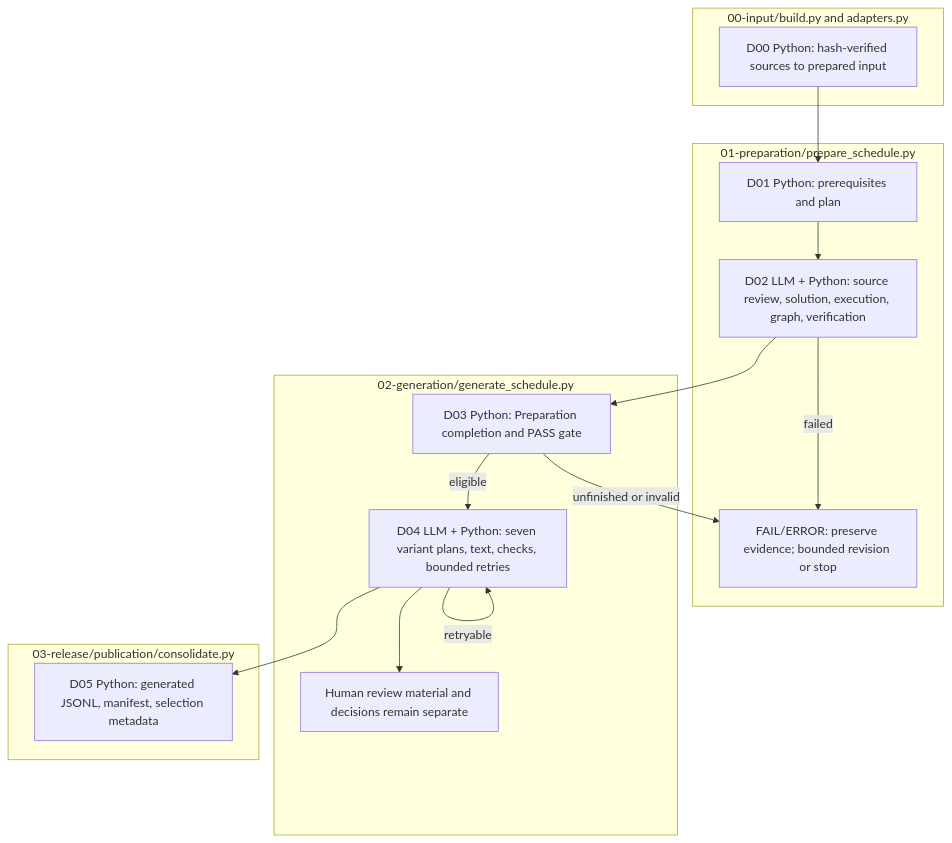
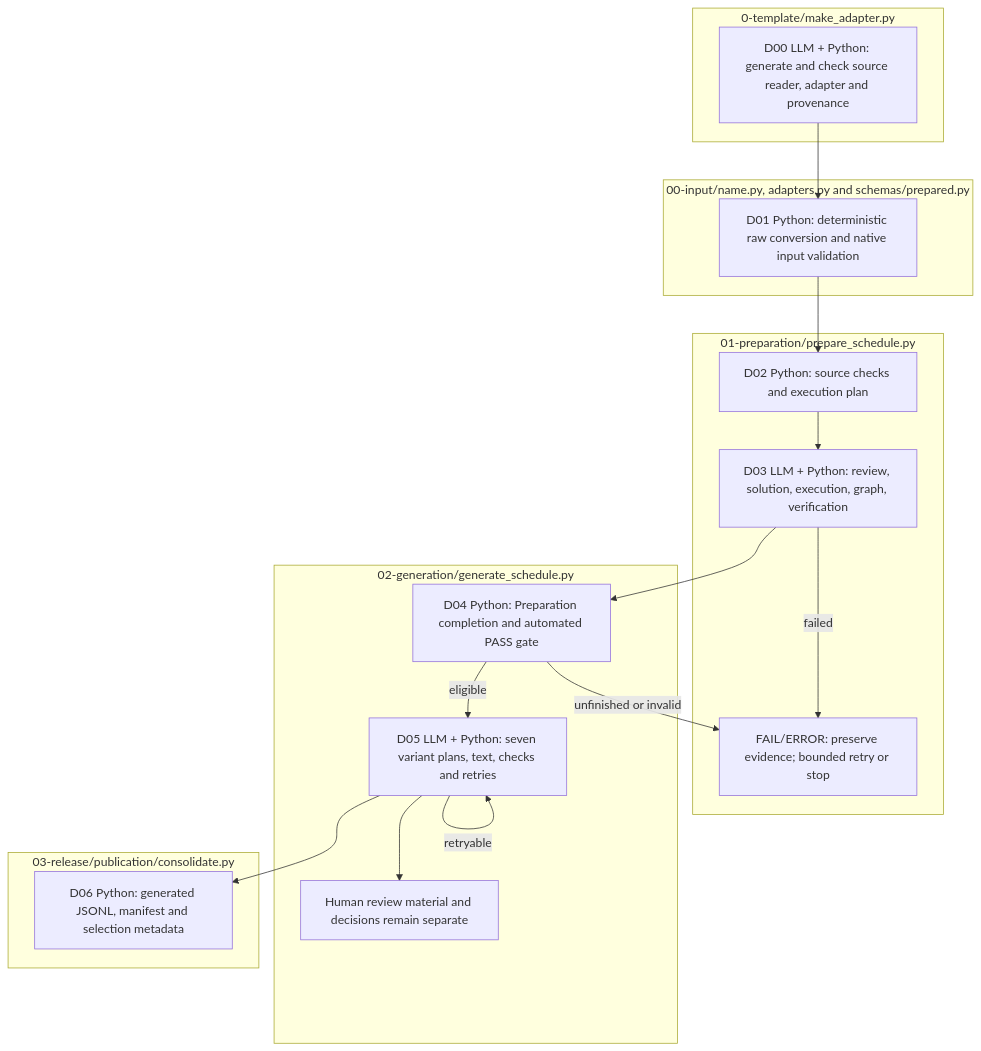
One commit to pnu-clink/finject changed the diagram in src/finarch/documentation/templates/source-layout/dataset.md. Above: the diagram before and after it, drawn with Mermaid. The commit also changed other lines of this file and 49 other files, not shown here.

````diff
--- a/src/finarch/documentation/templates/source-layout/dataset.md
+++ b/src/finarch/documentation/templates/source-layout/dataset.md
@@ -68,24 +175,27 @@
 ```mermaid
 flowchart TD
-  subgraph INPUT["00-input/build.py and adapters.py"]
-    D00["D00 Python: hash-verified sources to prepared input"]
+  subgraph AUTHOR["0-template/make_adapter.py"]
+    D00["D00 LLM + Python: generate and check source reader, adapter and provenance"]
+  end
+  subgraph INPUT["00-input/name.py, adapters.py and schemas/prepared.py"]
+    D01["D01 Python: deterministic raw conversion and native input validation"]
   end
   subgraph PREP["01-preparation/prepare_schedule.py"]
-    D01["D01 Python: prerequisites and plan"]
-    D02["D02 LLM + Python: source review, solution, execution, graph, verification"]
-    DF["FAIL/ERROR: preserve evidence; bounded revision or stop"]
+    D02["D02 Python: source checks and execution plan"]
+    D03["D03 LLM + Python: review, solution, execution, graph, verification"]
+    DF["FAIL/ERROR: preserve evidence; bounded retry or stop"]
   end
   subgraph GEN["02-generation/generate_schedule.py"]
-    D03["D03 Python: Preparation completion and PASS gate"]
-    D04["D04 LLM + Python: seven variant plans, text, checks, bounded retries"]
+    D04["D04 Python: Preparation completion and automated PASS gate"]
+    D05["D05 LLM + Python: seven variant plans, text, checks and retries"]
     DR["Human review material and decisions remain separate"]
   end
   subgraph RELEASE["03-release/publication/consolidate.py"]
-    D05["D05 Python: generated JSONL, manifest, selection metadata"]
+    D06["D06 Python: generated JSONL, manifest and selection metadata"]
   end
-  D00 --> D01 --> D02 --> D03 -->|eligible| D04 --> D05
-  D02 -->|failed| DF
-  D03 -->|unfinished or invalid| DF
-  D04 -->|retryable| D04
-  D04 --> DR
+  D00 --> D01 --> D02 --> D03 --> D04 -->|eligible| D05 --> D06
+  D03 -->|failed| DF
+  D04 -->|unfinished or invalid| DF
+  D05 -->|retryable| D05
+  D05 --> DR
 ```
````
